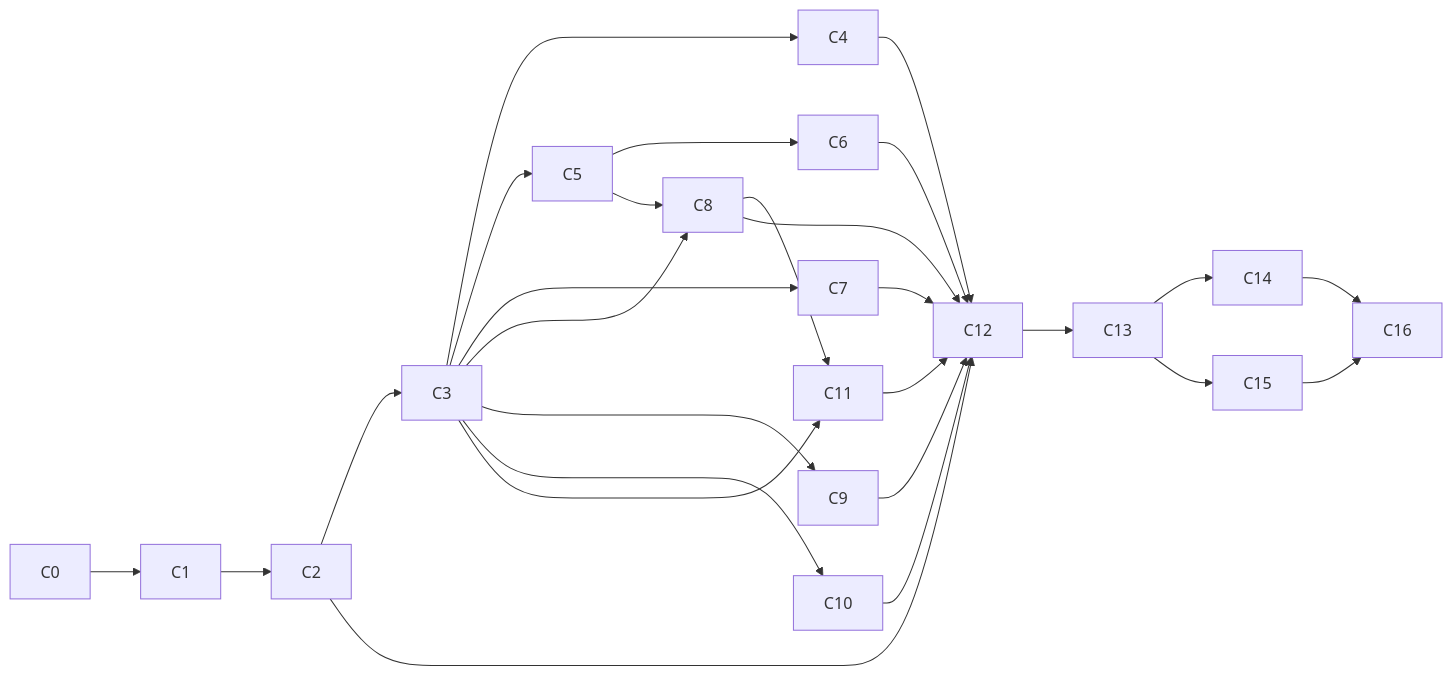
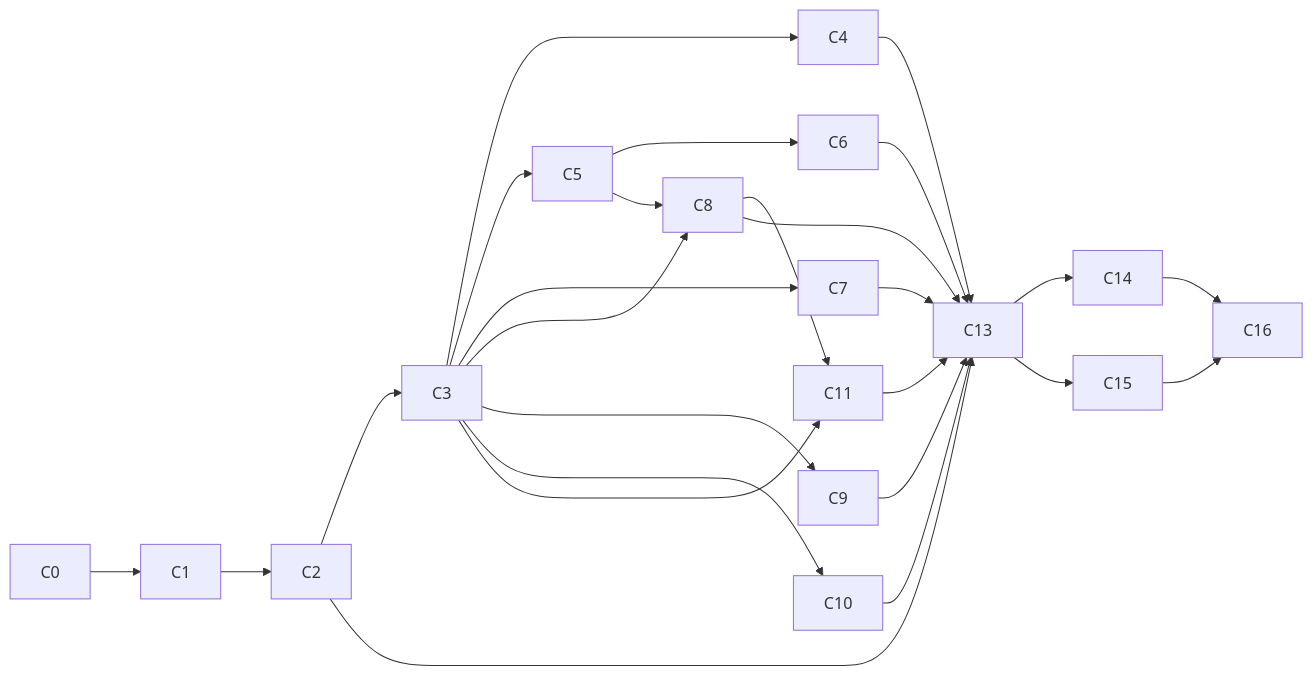
The diagram in DOC/workflow/specs/community/ROADMAP.md (PS-PhinIT/365CMS.DE), drawn with Mermaid before and after one commit. The commit also changed other lines of this file and 7 other files, not shown here.

````diff
--- a/DOC/workflow/specs/community/ROADMAP.md
+++ b/DOC/workflow/specs/community/ROADMAP.md
@@ -47,10 +47,10 @@
 ```mermaid
 flowchart LR
   C0 --> C1 --> C2 --> C3
   C3 --> C4 & C5 & C7 & C8 & C9 & C10
   C5 --> C6
   C5 --> C8
   C3 & C8 --> C11
-  C2 & C4 & C6 & C7 & C8 & C9 & C10 & C11 --> C12 --> C13
+  C2 & C4 & C6 & C7 & C8 & C9 & C10 & C11 --> C13
   C13 --> C14 & C15 --> C16
 ```
````
